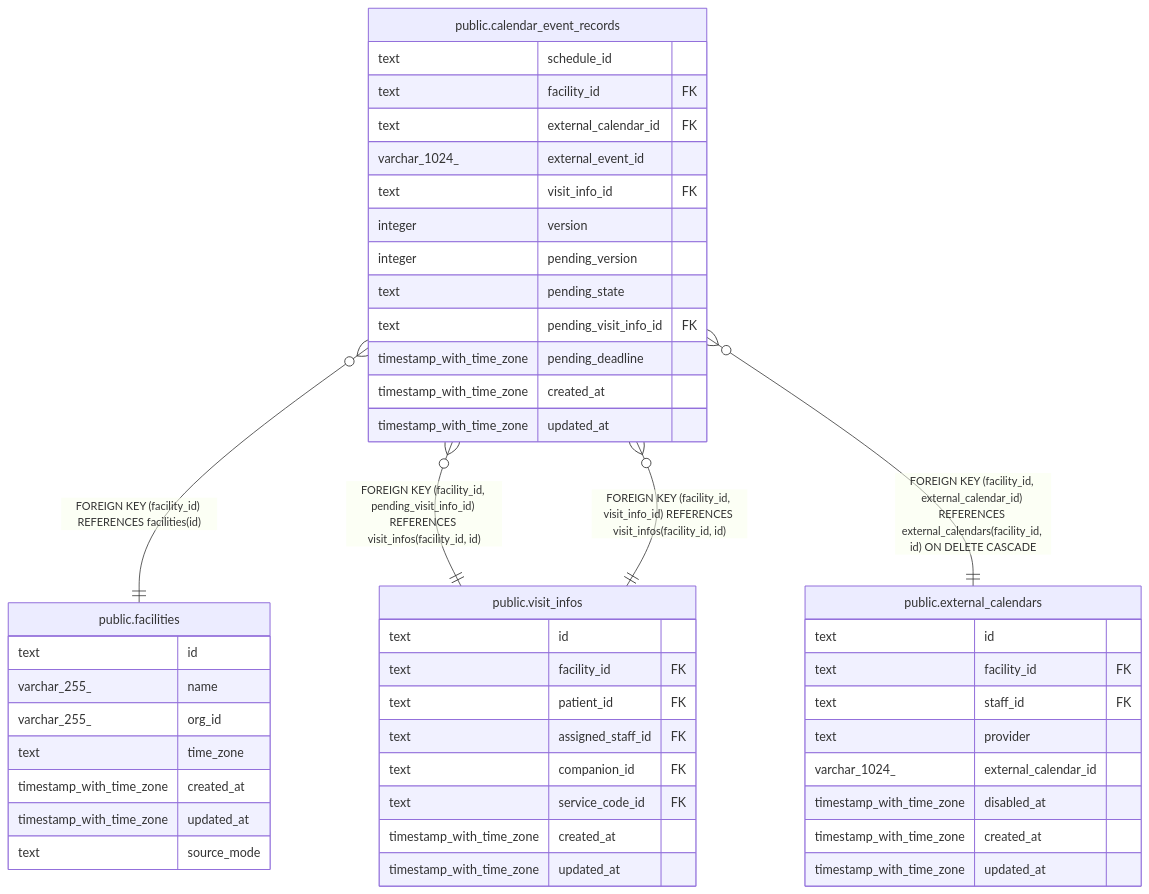
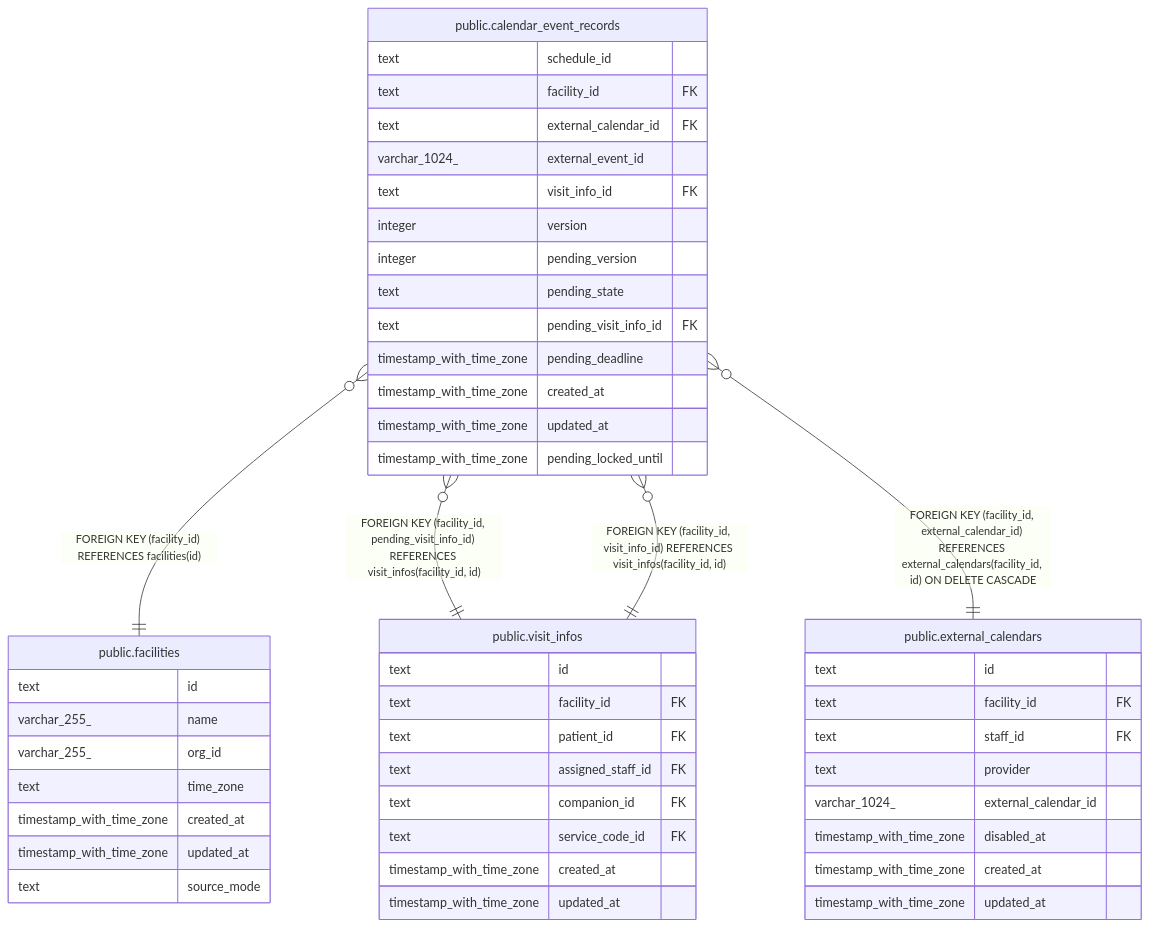
One commit to Fukuemon/buddy changed the diagram in docs/db/schedule/public.calendar_event_records.md. Above: the diagram before and after it, drawn with Mermaid. The commit also changed other lines of this file and 37 other files, not shown here.

````diff
--- a/docs/db/schedule/public.calendar_event_records.md
+++ b/docs/db/schedule/public.calendar_event_records.md
@@ -72,52 +74,53 @@
 ```mermaid
 erDiagram
 
 "public.calendar_event_records" }o--|| "public.facilities" : "FOREIGN KEY (facility_id) REFERENCES facilities(id)"
 "public.calendar_event_records" }o--|| "public.visit_infos" : "FOREIGN KEY (facility_id, pending_visit_info_id) REFERENCES visit_infos(facility_id, id)"
 "public.calendar_event_records" }o--|| "public.visit_infos" : "FOREIGN KEY (facility_id, visit_info_id) REFERENCES visit_infos(facility_id, id)"
 "public.calendar_event_records" }o--|| "public.external_calendars" : "FOREIGN KEY (facility_id, external_calendar_id) REFERENCES external_calendars(facility_id, id) ON DELETE CASCADE"
 
 "public.calendar_event_records" {
   text schedule_id
   text facility_id FK
   text external_calendar_id FK
   varchar_1024_ external_event_id
   text visit_info_id FK
   integer version
   integer pending_version
   text pending_state
   text pending_visit_info_id FK
   timestamp_with_time_zone pending_deadline
   timestamp_with_time_zone created_at
   timestamp_with_time_zone updated_at
+  timestamp_with_time_zone pending_locked_until
 }
 "public.facilities" {
   text id
   varchar_255_ name
   varchar_255_ org_id
   text time_zone
   timestamp_with_time_zone created_at
   timestamp_with_time_zone updated_at
   text source_mode
 }
 "public.visit_infos" {
   text id
   text facility_id FK
   text patient_id FK
   text assigned_staff_id FK
   text companion_id FK
   text service_code_id FK
   timestamp_with_time_zone created_at
   timestamp_with_time_zone updated_at
 }
 "public.external_calendars" {
   text id
   text facility_id FK
   text staff_id FK
   text provider
   varchar_1024_ external_calendar_id
   timestamp_with_time_zone disabled_at
   timestamp_with_time_zone created_at
   timestamp_with_time_zone updated_at
 }
 ```
````
